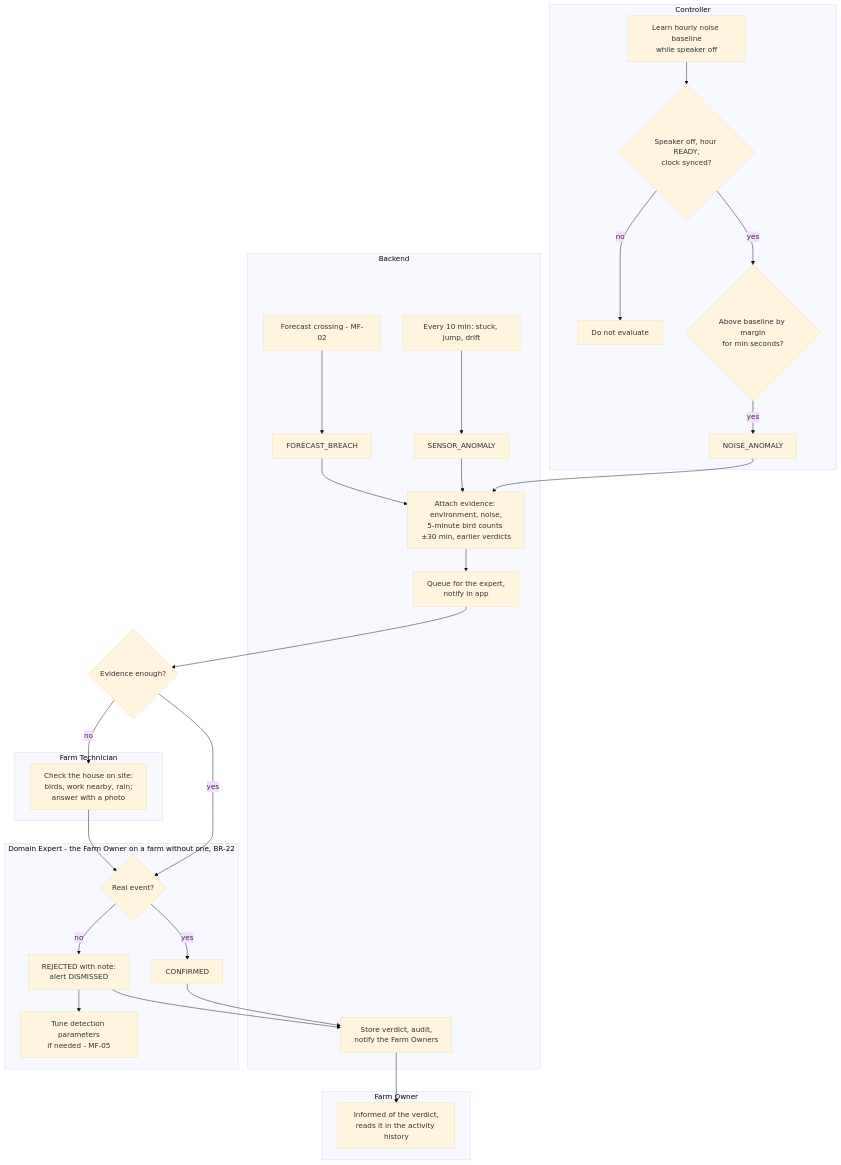
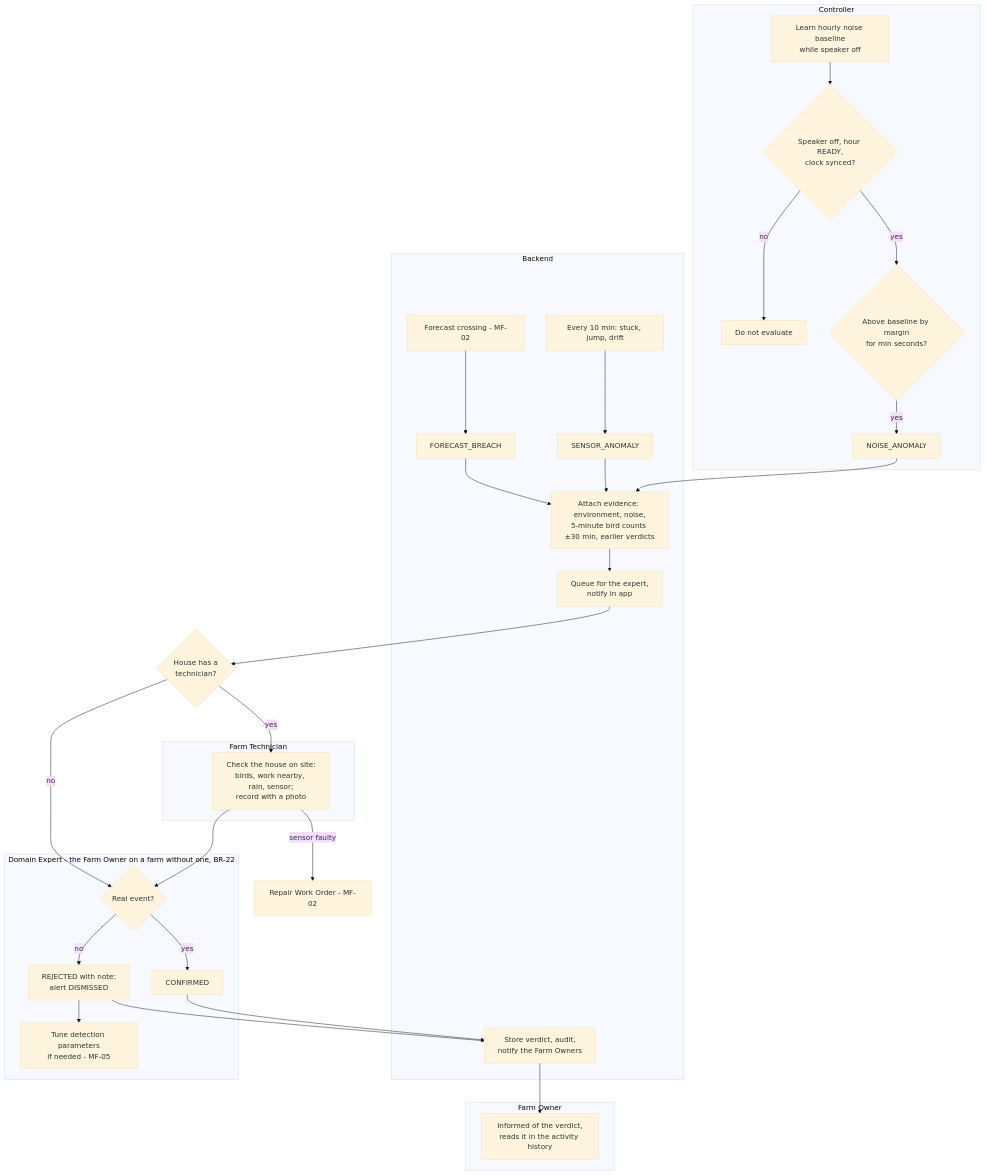
Diagram 31 of 40 in docs/reports/report4-sdd.md (NBao261/SwiftletCare_KLTN), drawn with Mermaid (base theme) before and after one commit. The commit also changed other lines of this file and 14 other files, not shown here.

First line of the commit message:
docs(srs): technician does the on-site work of MF-04 and MF-06

````diff
--- a/docs/reports/report4-sdd.md
+++ b/docs/reports/report4-sdd.md
@@ -1478,33 +1478,34 @@
 ```mermaid
 flowchart TB
   subgraph C[Controller]
     A1[Learn hourly noise baseline<br/>while speaker off] --> A2{Speaker off, hour READY,<br/>clock synced?}
     A2 -- no --> A3[Do not evaluate]
     A2 -- yes --> A4{Above baseline by margin<br/>for min seconds?}
     A4 -- yes --> A5[NOISE_ANOMALY]
   end
   subgraph B[Backend]
     B0[Every 10 min: stuck, jump, drift] --> B01[SENSOR_ANOMALY]
     B02[Forecast crossing - MF-02] --> B03[FORECAST_BREACH]
     B1[Attach evidence: environment, noise,<br/>5-minute bird counts ±30 min, earlier verdicts] --> B2[Queue for the expert,<br/>notify in app]
     B3[Store verdict, audit,<br/>notify the Farm Owners]
   end
   subgraph E[Domain Expert - the Farm Owner on a farm without one, BR-22]
     E1{Real event?} -- yes --> E2[CONFIRMED]
     E1 -- no --> E3[REJECTED with note:<br/>alert DISMISSED]
     E3 --> E4[Tune detection parameters<br/>if needed - MF-05]
   end
   subgraph T[Farm Technician]
-    T1[Check the house on site:<br/>birds, work nearby, rain;<br/>answer with a photo]
+    T1[Check the house on site:<br/>birds, work nearby, rain, sensor;<br/>record with a photo]
   end
   subgraph O[Farm Owner]
     O1[Informed of the verdict,<br/>reads it in the activity history]
   end
   A5 --> B1
   B01 --> B1
   B03 --> B1
-  B2 --> E0{Evidence enough?}
-  E0 -- yes --> E1
-  E0 -- no --> T1 --> E1
+  B2 --> T0{House has a<br/>technician?}
+  T0 -- yes --> T1 --> E1
+  T0 -- no --> E1
+  T1 -- sensor faulty --> T2[Repair Work Order - MF-02]
   E2 & E3 --> B3 --> O1
 ```
````
